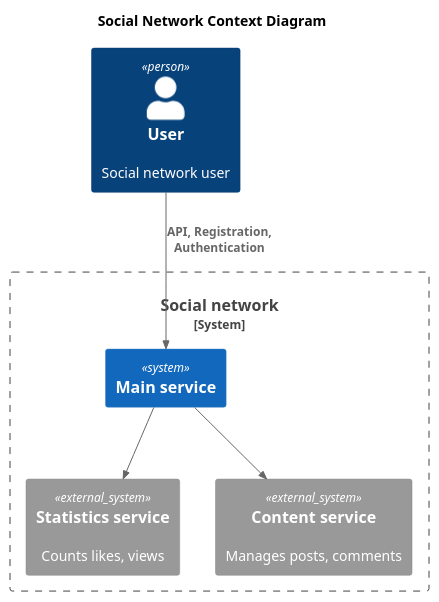
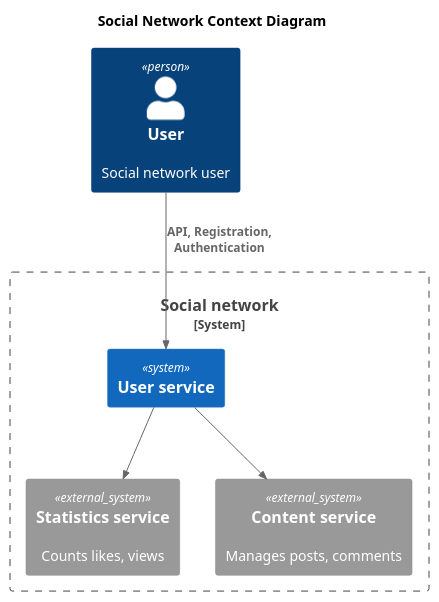
One commit to M8hew/HSE-SOA changed the diagram in doc/c4-context.plantuml. Above: the diagram before and after it, drawn with PlantUML. The commit also changed 3 other files, not shown here.

```diff
--- a/doc/c4-context.plantuml
+++ b/doc/c4-context.plantuml
@@ -1,20 +1,20 @@
 @startuml Context
 
 !include https://raw.githubusercontent.com/plantuml-stdlib/C4-PlantUML/master/C4_Container.puml
 
 title Social Network Context Diagram
 
 Person(user, "User", "Social network user")
 
 System_Boundary(socialNetwork, "Social network") {
-    System(mainService, "Main service", "")
+    System(userService, "User service", "")
 
     System_Ext(statisticsService, "Statistics service", "Counts likes, views")
     System_Ext(contentService, "Content service", "Manages posts, comments")
 }
 
-Rel(mainService, statisticsService, "")
-Rel(mainService, contentService, "")
-Rel(user, mainService, "API, Registration, Authentication")
+Rel(userService, statisticsService, "")
+Rel(userService, contentService, "")
+Rel(user, userService, "API, Registration, Authentication")
 
 @enduml
```
